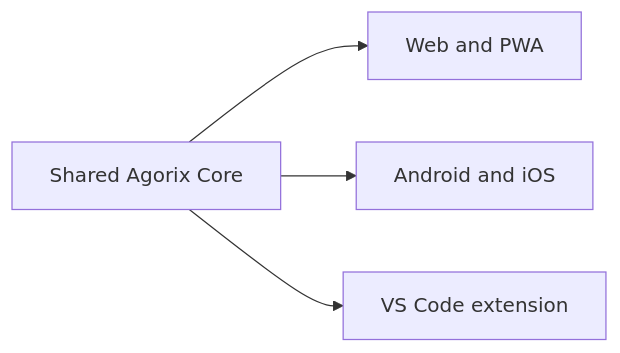
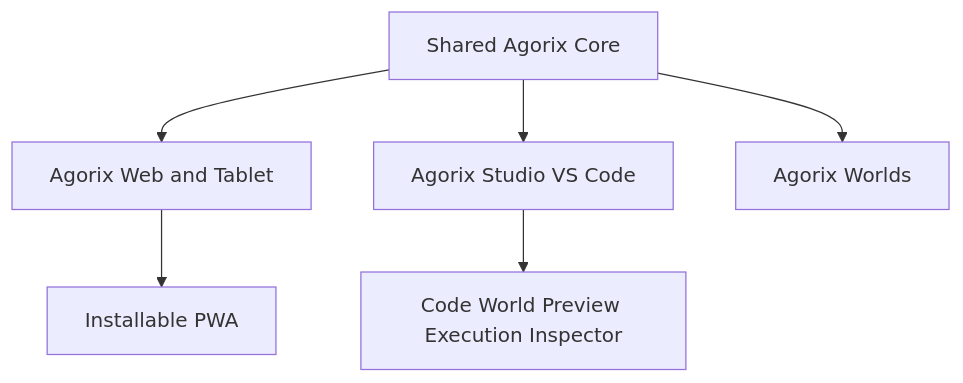
Before and after one commit to Modern-Ash/agorix: diagram 18 of 21 in README.md, drawn with Mermaid. The commit also changed other lines of this file, not shown here.

Commit message:
docs: describe tablet-first and Studio UX architecture

````diff
--- a/README.md
+++ b/README.md
@@ -616,7 +756,9 @@
 ```mermaid
-flowchart LR
+flowchart TB
     CORE[Shared Agorix Core]
-    CORE --> WEB[Web and PWA]
-    CORE --> MOBILE[Android and iOS]
-    CORE --> VSC[VS Code extension]
+    CORE --> WEB[Agorix Web and Tablet]
+    CORE --> STUDIO[Agorix Studio VS Code]
+    CORE --> WORLDS[Agorix Worlds]
+    WEB --> PWA[Installable PWA]
+    STUDIO --> IDE[Code World Preview Execution Inspector]
 ```
````
